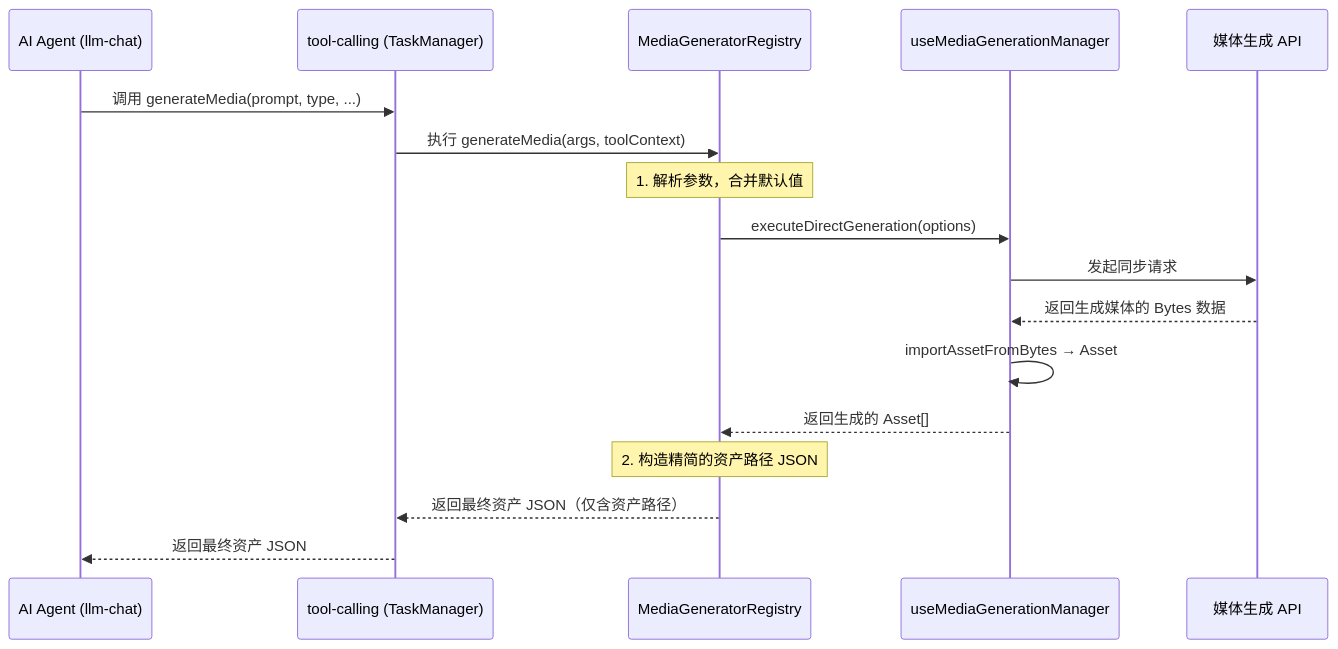
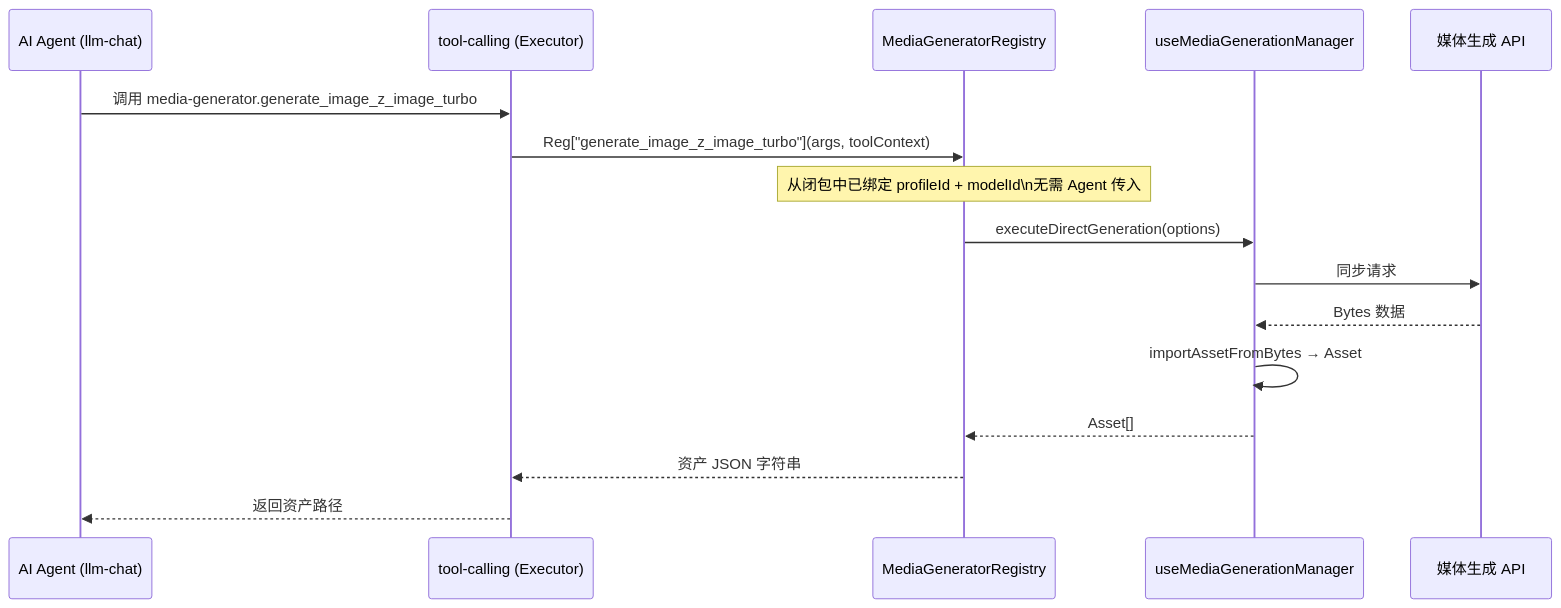
One commit to miaotouy/aio-hub changed the second of 3 diagrams in src/tools/media-generator/doc/Plan/agent-integration-plan.md. Above: the diagram before and after it, drawn with Mermaid. The commit also changed other lines of this file, not shown here.

First line of the commit message:
docs(media-generator): 重构Agent集成方案为动态独立方法架构

````diff
--- a/src/tools/media-generator/doc/Plan/agent-integration-plan.md
+++ b/src/tools/media-generator/doc/Plan/agent-integration-plan.md
@@ -131,20 +181,19 @@
 ```mermaid
 sequenceDiagram
     participant Agent as AI Agent (llm-chat)
-    participant TC as tool-calling (TaskManager)
+    participant TC as tool-calling (Executor)
     participant Reg as MediaGeneratorRegistry
     participant Mgr as useMediaGenerationManager
     participant API as 媒体生成 API
 
-    Agent->>TC: 调用 generateMedia(prompt, type, ...)
-    TC->>Reg: 执行 generateMedia(args, toolContext)
-    Note over Reg: 1. 解析参数，合并默认值
+    Agent->>TC: 调用 media-generator.generate_image_z_image_turbo
+    TC->>Reg: Reg["generate_image_z_image_turbo"](args, toolContext)
+    Note over Reg: 从闭包中已绑定 profileId + modelId\n无需 Agent 传入
     Reg->>Mgr: executeDirectGeneration(options)
-    Mgr->>API: 发起同步请求
-    API-->>Mgr: 返回生成媒体的 Bytes 数据
+    Mgr->>API: 同步请求
+    API-->>Mgr: Bytes 数据
     Mgr->>Mgr: importAssetFromBytes → Asset
-    Mgr-->>Reg: 返回生成的 Asset[]
-    Note over Reg: 2. 构造精简的资产路径 JSON
-    Reg-->>TC: 返回最终资产 JSON（仅含资产路径）
-    TC-->>Agent: 返回最终资产 JSON
+    Mgr-->>Reg: Asset[]
+    Reg-->>TC: 资产 JSON 字符串
+    TC-->>Agent: 返回资产路径
 ```
````
